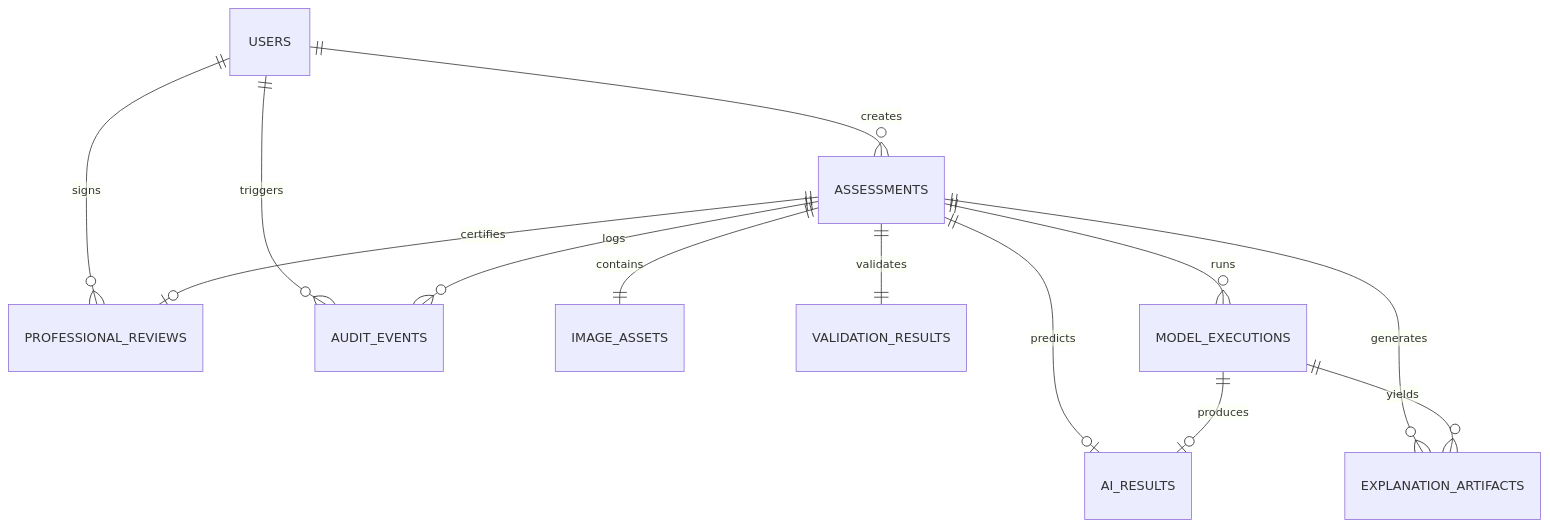
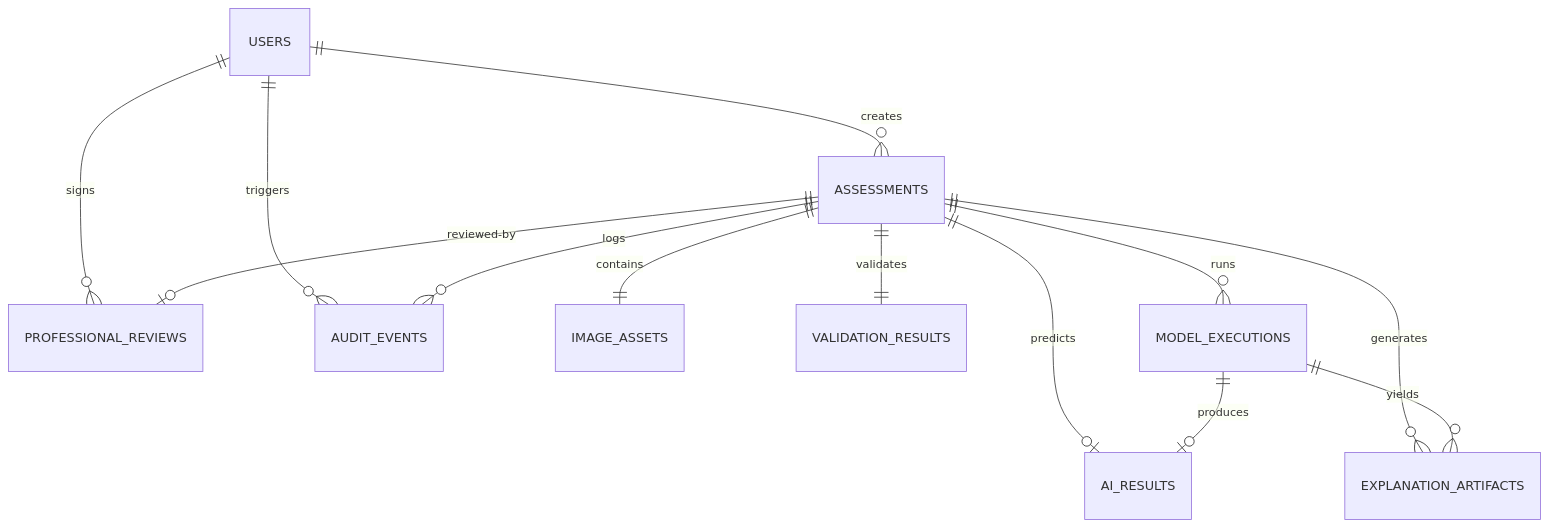
One commit to CloudTechy/diabetic-retinopathy-cdss changed the diagram in docs/chapter4/database_schema.md. Above: the diagram before and after it, drawn with Mermaid. The commit also changed other lines of this file and 62 other files, not shown here.

````diff
--- a/docs/chapter4/database_schema.md
+++ b/docs/chapter4/database_schema.md
@@ -18,17 +18,17 @@
 ```mermaid
 erDiagram
     USERS ||--o{ ASSESSMENTS : creates
     USERS ||--o{ PROFESSIONAL_REVIEWS : signs
     USERS ||--o{ AUDIT_EVENTS : triggers
 
     ASSESSMENTS ||--|| IMAGE_ASSETS : contains
     ASSESSMENTS ||--|| VALIDATION_RESULTS : validates
     ASSESSMENTS ||--o{ MODEL_EXECUTIONS : runs
     ASSESSMENTS ||--o| AI_RESULTS : predicts
     ASSESSMENTS ||--o{ EXPLANATION_ARTIFACTS : generates
-    ASSESSMENTS ||--o| PROFESSIONAL_REVIEWS : certifies
+    ASSESSMENTS ||--o| PROFESSIONAL_REVIEWS : reviewed-by
     ASSESSMENTS ||--o{ AUDIT_EVENTS : logs
 
     MODEL_EXECUTIONS ||--o| AI_RESULTS : produces
     MODEL_EXECUTIONS ||--o{ EXPLANATION_ARTIFACTS : yields
 ```
````
